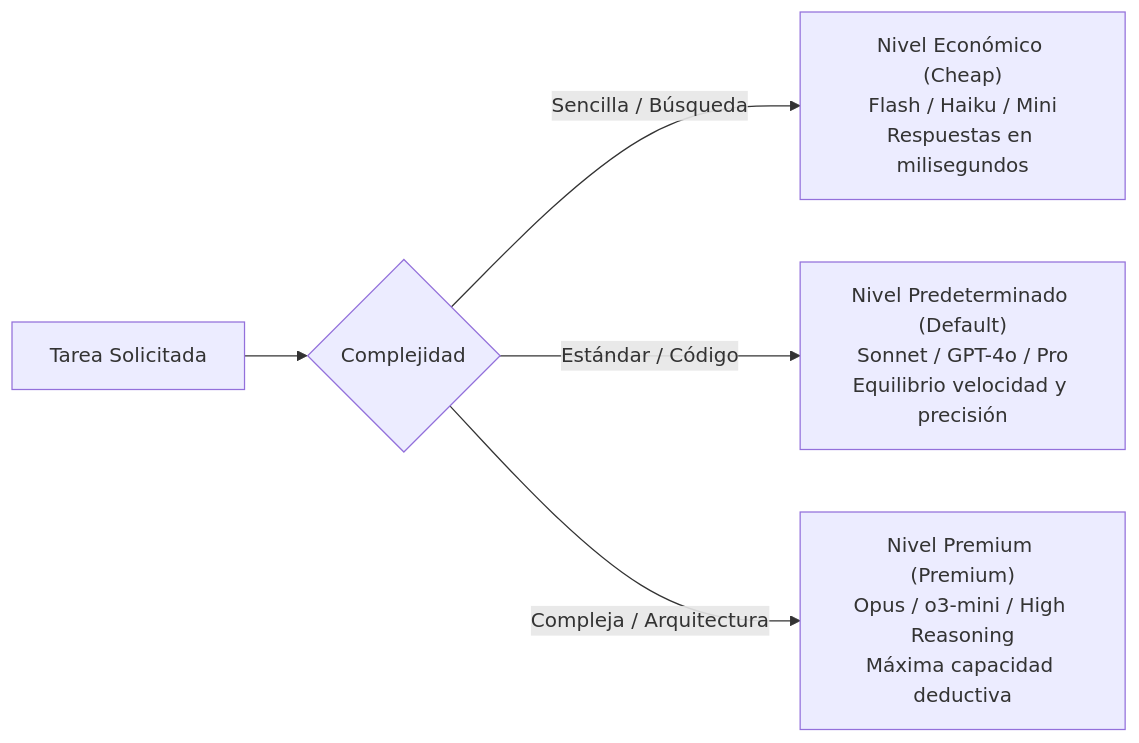
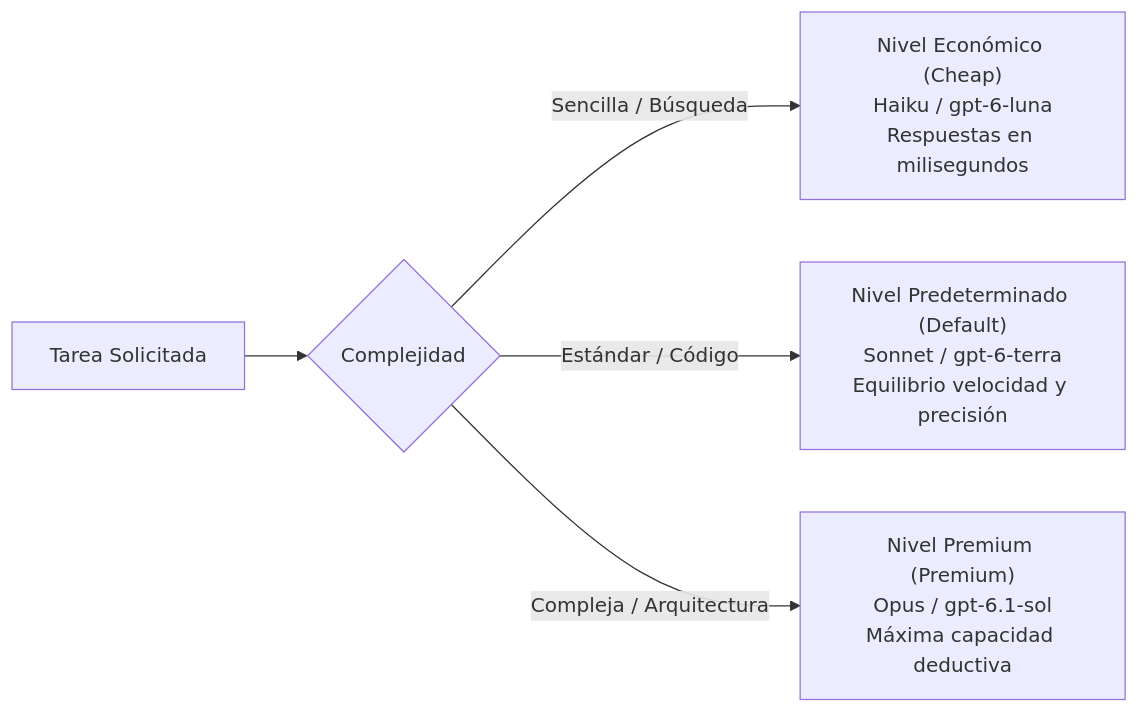
One commit to Snakeblack/ospec-workflow changed the diagram in openwiki/model-routing/routing-profiles.md. Above: the diagram before and after it, drawn with Mermaid. The commit also changed other lines of this file and 27 other files, not shown here.

````diff
--- a/openwiki/model-routing/routing-profiles.md
+++ b/openwiki/model-routing/routing-profiles.md
@@ -9,13 +9,13 @@
 ```mermaid
 flowchart LR
     A["Tarea Solicitada"] --> B{"Complejidad"}
     B -->|"Sencilla / Búsqueda"| C["Nivel Económico (Cheap)
-Flash / Haiku / Mini
+Haiku / gpt-6-luna
 Respuestas en milisegundos"]
     B -->|"Estándar / Código"| D["Nivel Predeterminado (Default)
-Sonnet / GPT-4o / Pro
+Sonnet / gpt-6-terra
 Equilibrio velocidad y precisión"]
     B -->|"Compleja / Arquitectura"| E["Nivel Premium (Premium)
-Opus / o3-mini / High Reasoning
+Opus / gpt-6.1-sol
 Máxima capacidad deductiva"]
 ```
````
